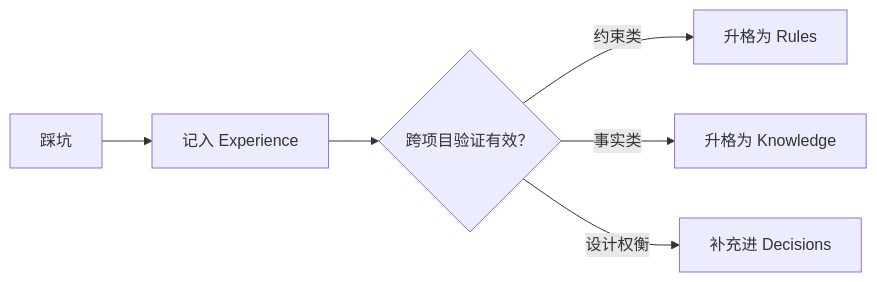
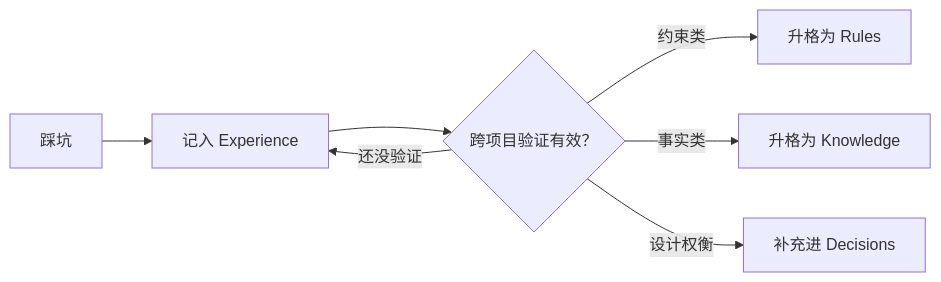
One commit to lee259/lee259.github.io changed the second of 2 diagrams in src/content/posts/agent-memory-6-layer-framework-zh.md. Above: the diagram before and after it, drawn with Mermaid. The commit also changed other lines of this file and 1 other file, not shown here.

Commit message:
fix: sync blog content with source - add missing Mermaid edge, changelog, fix headings

````diff
--- a/src/content/posts/agent-memory-6-layer-framework-zh.md
+++ b/src/content/posts/agent-memory-6-layer-framework-zh.md
@@ -133,8 +133,9 @@
 ```mermaid
 flowchart LR
     A[踩坑] --> B[记入 Experience]
     B --> C{跨项目验证有效？}
+    C -- 还没验证 --> B
     C -- 约束类 --> D[升格为 Rules]
     C -- 事实类 --> E[升格为 Knowledge]
     C -- 设计权衡 --> F[补充进 Decisions]
 ```
````
